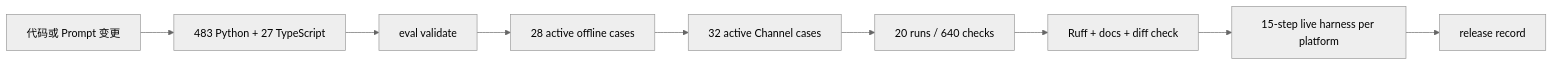
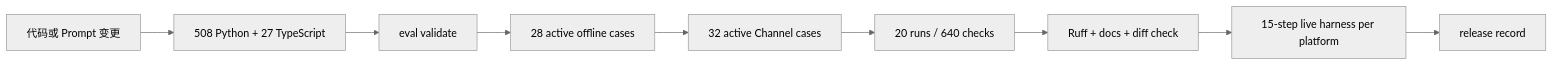
The diagram in docs/evals/README.md (NEDONION/lobster0), drawn with Mermaid (neutral theme) before and after one commit. The commit also changed other lines of this file and 29 other files, not shown here.

````diff
--- a/docs/evals/README.md
+++ b/docs/evals/README.md
@@ -18,11 +18,11 @@
 ```mermaid
 flowchart LR
-    CHANGE["代码或 Prompt 变更"] --> UNIT["483 Python + 27 TypeScript"]
+    CHANGE["代码或 Prompt 变更"] --> UNIT["508 Python + 27 TypeScript"]
     UNIT --> VALIDATE["eval validate"]
     VALIDATE --> OFFLINE["28 active offline cases"]
     OFFLINE --> CHANNEL["32 active Channel cases"]
     CHANNEL --> SOAK["20 runs / 640 checks"]
     SOAK --> RUFF["Ruff + docs + diff check"]
     RUFF --> LIVE["15-step live harness per platform"]
     LIVE --> RECORD["release record"]
 ```
````
